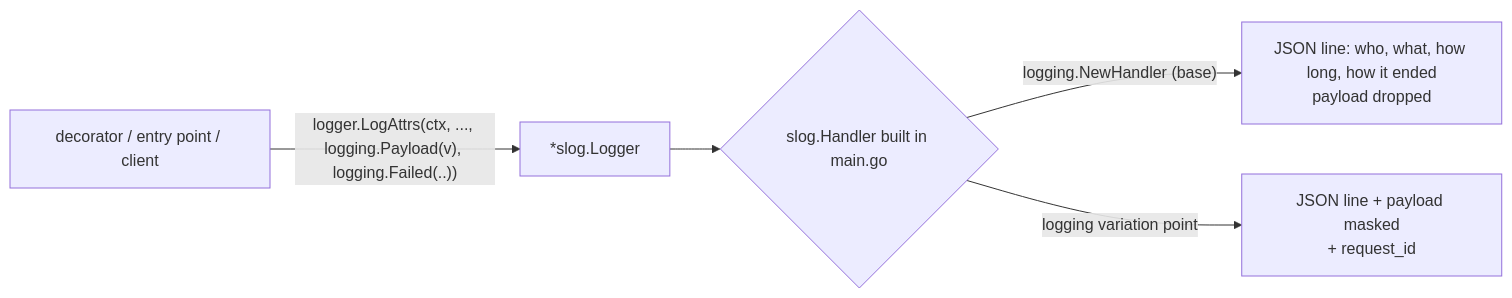
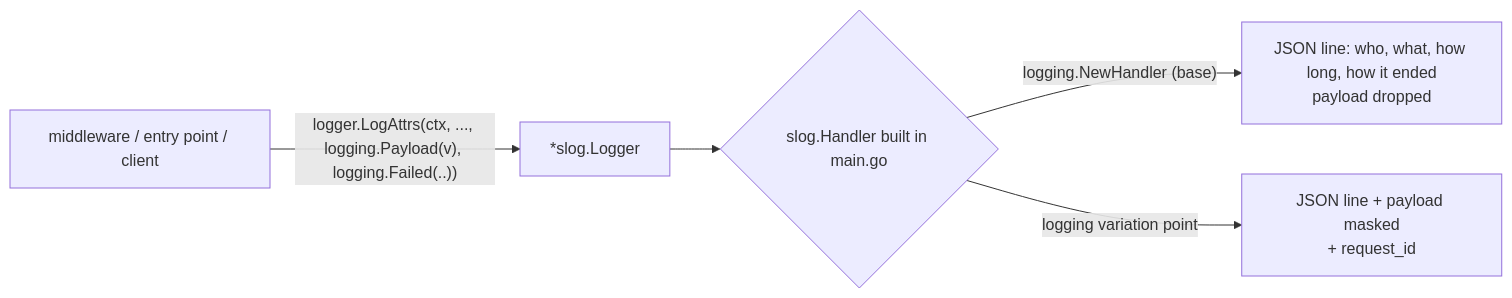
One commit to InsonusK/ai-skills changed the diagram in library/architecture/go/base-plateau-in-go.skill/glossary/logging.md. Above: the diagram before and after it, drawn with Mermaid. The commit also changed other lines of this file and 16 other files, not shown here.

````diff
--- a/library/architecture/go/base-plateau-in-go.skill/glossary/logging.md
+++ b/library/architecture/go/base-plateau-in-go.skill/glossary/logging.md
@@ -32,7 +32,7 @@
 ```mermaid
 flowchart LR
-    P["decorator / entry point / client"] -->|"logger.LogAttrs(ctx, ..., logging.Payload(v), logging.Failed(..))"| L["*slog.Logger"]
+    P["middleware / entry point / client"] -->|"logger.LogAttrs(ctx, ..., logging.Payload(v), logging.Failed(..))"| L["*slog.Logger"]
     L --> H{"slog.Handler built in main.go"}
     H -->|"logging.NewHandler (base)"| B["JSON line: who, what, how long, how it ended<br/>payload dropped"]
     H -->|"logging variation point"| V["JSON line + payload masked<br/>+ request_id"]
 ```
````
